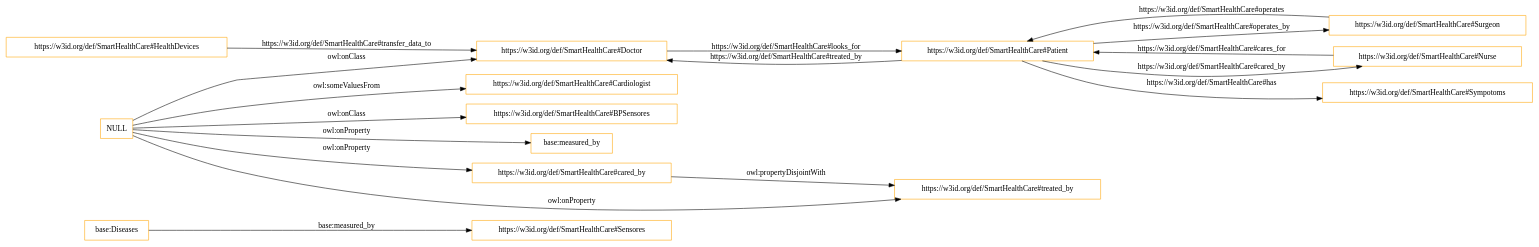
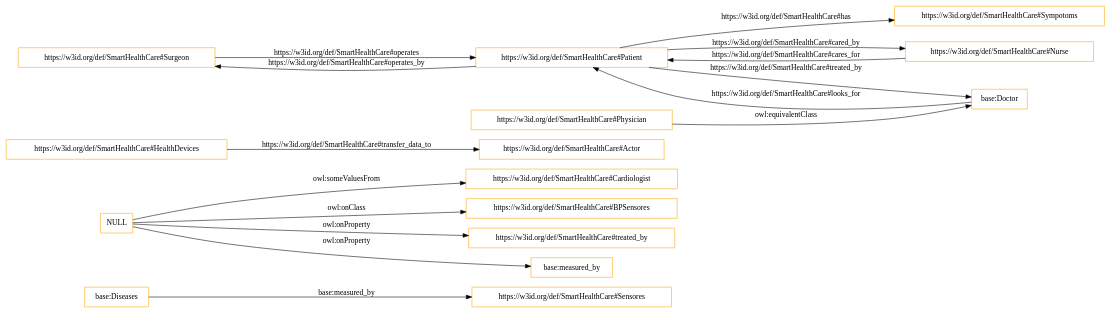
The diagram in OnToology/Healthcare.owl/diagrams/ar2dtool-class/Healthcare.owl.png.dot (tiwari2019/myrepo), drawn with Graphviz before and after one commit. The commit also changed 13 other files, not shown here.

```diff
--- a/OnToology/Healthcare.owl/diagrams/ar2dtool-class/Healthcare.owl.png.dot
+++ b/OnToology/Healthcare.owl/diagrams/ar2dtool-class/Healthcare.owl.png.dot
@@ -1,22 +1,20 @@
 digraph ar2dtool_diagram { 
 rankdir=LR;
 size="1501"
-node [shape = rectangle, color="orange"]; "base:Diseases" "https://w3id.org/def/SmartHealthCare#Cardiologist" "https://w3id.org/def/SmartHealthCare#BPSensores" "https://w3id.org/def/SmartHealthCare#HealthDevices" "https://w3id.org/def/SmartHealthCare#Surgeon" "https://w3id.org/def/SmartHealthCare#Doctor" "https://w3id.org/def/SmartHealthCare#Nurse" "https://w3id.org/def/SmartHealthCare#Sympotoms" "https://w3id.org/def/SmartHealthCare#Sensores" "https://w3id.org/def/SmartHealthCare#Patient" ; /*classes style*/
-	"https://w3id.org/def/SmartHealthCare#cared_by" -> "https://w3id.org/def/SmartHealthCare#treated_by" [ label = "owl:propertyDisjointWith" ];
+node [shape = rectangle, color="orange"]; "base:Diseases" "https://w3id.org/def/SmartHealthCare#Cardiologist" "https://w3id.org/def/SmartHealthCare#BPSensores" "https://w3id.org/def/SmartHealthCare#HealthDevices" "https://w3id.org/def/SmartHealthCare#Surgeon" "https://w3id.org/def/SmartHealthCare#Physician" "https://w3id.org/def/SmartHealthCare#Nurse" "base:Doctor" "https://w3id.org/def/SmartHealthCare#Sympotoms" "https://w3id.org/def/SmartHealthCare#Sensores" "https://w3id.org/def/SmartHealthCare#Actor" "https://w3id.org/def/SmartHealthCare#Patient" ; /*classes style*/
+	"NULL" -> "https://w3id.org/def/SmartHealthCare#Cardiologist" [ label = "owl:someValuesFrom" ];
+	"NULL" -> "https://w3id.org/def/SmartHealthCare#treated_by" [ label = "owl:onProperty" ];
 	"NULL" -> "https://w3id.org/def/SmartHealthCare#BPSensores" [ label = "owl:onClass" ];
 	"NULL" -> "base:measured_by" [ label = "owl:onProperty" ];
-	"NULL" -> "https://w3id.org/def/SmartHealthCare#Cardiologist" [ label = "owl:someValuesFrom" ];
-	"NULL" -> "https://w3id.org/def/SmartHealthCare#treated_by" [ label = "owl:onProperty" ];
-	"NULL" -> "https://w3id.org/def/SmartHealthCare#Doctor" [ label = "owl:onClass" ];
-	"NULL" -> "https://w3id.org/def/SmartHealthCare#cared_by" [ label = "owl:onProperty" ];
-	"https://w3id.org/def/SmartHealthCare#HealthDevices" -> "https://w3id.org/def/SmartHealthCare#Doctor" [ label = "https://w3id.org/def/SmartHealthCare#transfer_data_to" ];
-	"https://w3id.org/def/SmartHealthCare#Doctor" -> "https://w3id.org/def/SmartHealthCare#Patient" [ label = "https://w3id.org/def/SmartHealthCare#looks_for" ];
-	"https://w3id.org/def/SmartHealthCare#Patient" -> "https://w3id.org/def/SmartHealthCare#Doctor" [ label = "https://w3id.org/def/SmartHealthCare#treated_by" ];
+	"https://w3id.org/def/SmartHealthCare#Physician" -> "base:Doctor" [ label = "owl:equivalentClass" ];
+	"https://w3id.org/def/SmartHealthCare#HealthDevices" -> "https://w3id.org/def/SmartHealthCare#Actor" [ label = "https://w3id.org/def/SmartHealthCare#transfer_data_to" ];
+	"base:Doctor" -> "https://w3id.org/def/SmartHealthCare#Patient" [ label = "https://w3id.org/def/SmartHealthCare#looks_for" ];
+	"https://w3id.org/def/SmartHealthCare#Patient" -> "base:Doctor" [ label = "https://w3id.org/def/SmartHealthCare#treated_by" ];
 	"base:Diseases" -> "https://w3id.org/def/SmartHealthCare#Sensores" [ label = "base:measured_by" ];
 	"https://w3id.org/def/SmartHealthCare#Patient" -> "https://w3id.org/def/SmartHealthCare#Surgeon" [ label = "https://w3id.org/def/SmartHealthCare#operates_by" ];
 	"https://w3id.org/def/SmartHealthCare#Patient" -> "https://w3id.org/def/SmartHealthCare#Sympotoms" [ label = "https://w3id.org/def/SmartHealthCare#has" ];
 	"https://w3id.org/def/SmartHealthCare#Patient" -> "https://w3id.org/def/SmartHealthCare#Nurse" [ label = "https://w3id.org/def/SmartHealthCare#cared_by" ];
 	"https://w3id.org/def/SmartHealthCare#Surgeon" -> "https://w3id.org/def/SmartHealthCare#Patient" [ label = "https://w3id.org/def/SmartHealthCare#operates" ];
 	"https://w3id.org/def/SmartHealthCare#Nurse" -> "https://w3id.org/def/SmartHealthCare#Patient" [ label = "https://w3id.org/def/SmartHealthCare#cares_for" ];
 
 }
```
